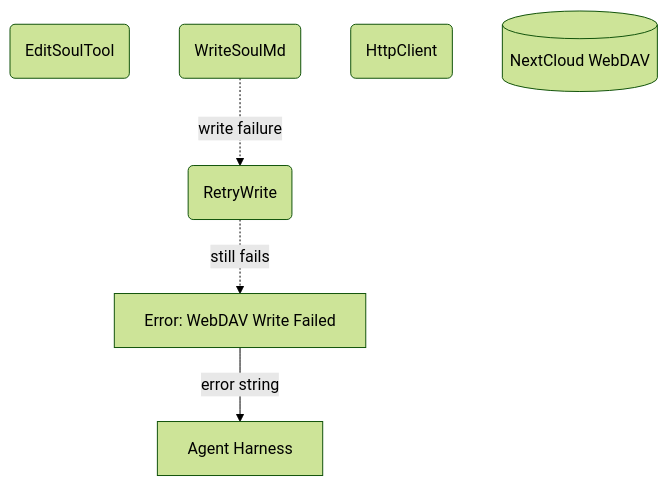
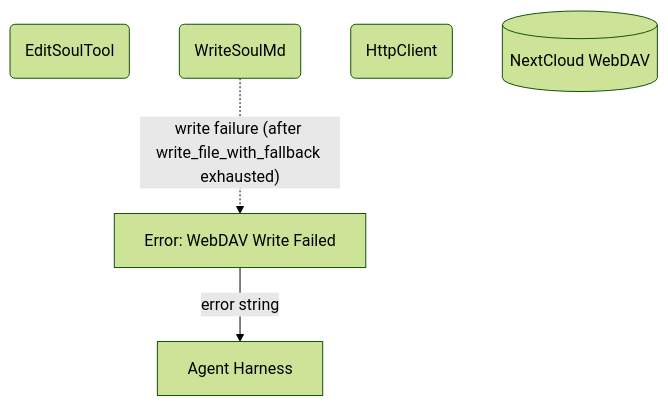
One commit to cosmoswafer/rockbot changed the second of 2 diagrams in _dfds/tools/edit-soul.md. Above: the diagram before and after it, drawn with Mermaid (forest theme). The commit also changed other lines of this file and 26 other files, not shown here.

````diff
--- a/_dfds/tools/edit-soul.md
+++ b/_dfds/tools/edit-soul.md
@@ -61,14 +65,12 @@
 ```mermaid
 flowchart TD
     SOUL(EditSoulTool)
     PUT(WriteSoulMd)
     HTTP(HttpClient)
     DAV[(NextCloud WebDAV)]
     ERR_WRITE[Error: WebDAV Write Failed]
-    RETRY(RetryWrite)
     AGENT[Agent Harness]
 
-    PUT -.->|"write failure"| RETRY
-    RETRY -.->|"still fails"| ERR_WRITE
+    PUT -.->|"write failure (after write_file_with_fallback exhausted)"| ERR_WRITE
     ERR_WRITE -->|"error string"| AGENT
 ```
````
